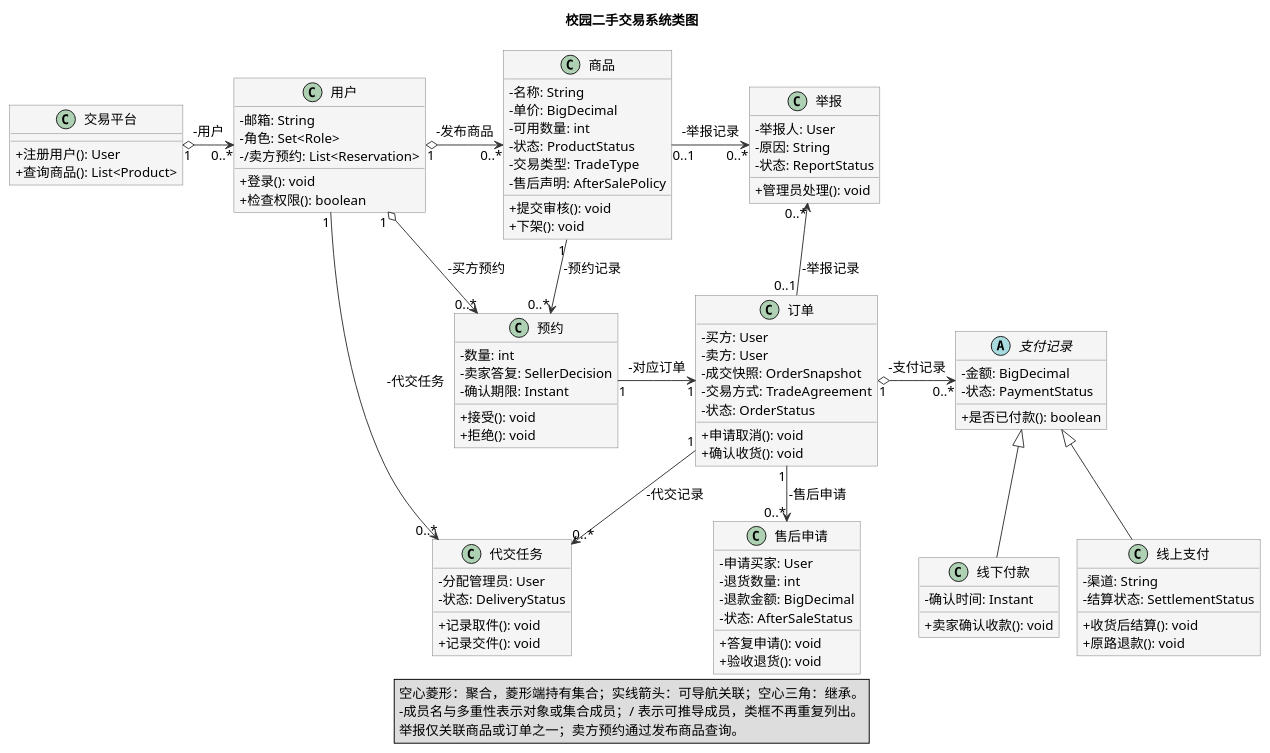
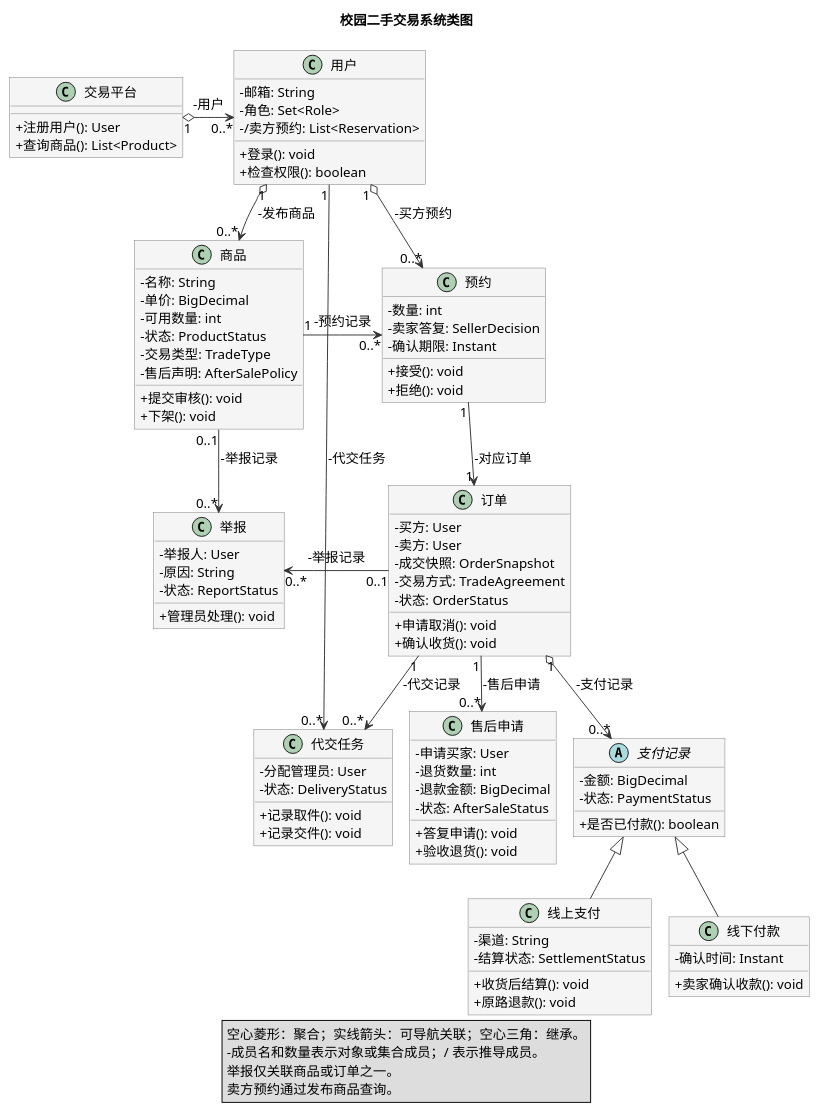
The diagram in UML/UML类图.puml (koishikois259/campus-market), drawn with PlantUML before and after one commit. The commit also changed 6 other files, not shown here.

Commit message:
lab2: fit portrait class diagram to standard A4 report pages

```diff
--- a/UML/UML类图.puml
+++ b/UML/UML类图.puml
@@ -1,120 +1,121 @@
 @startuml
-' v0.4: association-end member names replace repeated object fields.
+' v0.5: portrait layout for a standard A4 report page.
 ' Syntax reference: https://plantuml.com/zh/class-diagram
 !pragma layout smetana
 title 校园二手交易系统类图
 skinparam defaultFontName Microsoft YaHei
 skinparam defaultFontSize 14
 skinparam classAttributeIconSize 0
 skinparam shadowing false
 skinparam roundcorner 0
 skinparam classBackgroundColor #F5F5F5
 skinparam classBorderColor #777777
 skinparam ArrowColor #333333
-skinparam nodesep 30
-skinparam ranksep 40
+skinparam nodesep 24
+skinparam ranksep 25
 
 class "交易平台" as CampusMarket {
   + 注册用户(): User
   + 查询商品(): List<Product>
 }
 
 class "用户" as User {
   - 邮箱: String
   - 角色: Set<Role>
   - /卖方预约: List<Reservation>
   + 登录(): void
   + 检查权限(): boolean
 }
 
 class "商品" as Product {
   - 名称: String
   - 单价: BigDecimal
   - 可用数量: int
   - 状态: ProductStatus
   - 交易类型: TradeType
   - 售后声明: AfterSalePolicy
   + 提交审核(): void
   + 下架(): void
 }
 
 class "预约" as Reservation {
   - 数量: int
   - 卖家答复: SellerDecision
   - 确认期限: Instant
   + 接受(): void
   + 拒绝(): void
 }
 
 class "订单" as Order {
   - 买方: User
   - 卖方: User
   - 成交快照: OrderSnapshot
   - 交易方式: TradeAgreement
   - 状态: OrderStatus
   + 申请取消(): void
   + 确认收货(): void
 }
 
 abstract class "支付记录" as Payment {
   - 金额: BigDecimal
   - 状态: PaymentStatus
   + 是否已付款(): boolean
 }
 
 class "线上支付" as OnlinePayment {
   - 渠道: String
   - 结算状态: SettlementStatus
   + 收货后结算(): void
   + 原路退款(): void
 }
 
 class "线下付款" as OfflinePayment {
   - 确认时间: Instant
   + 卖家确认收款(): void
 }
 
 class "代交任务" as DeliveryTask {
   - 分配管理员: User
   - 状态: DeliveryStatus
   + 记录取件(): void
   + 记录交件(): void
 }
 
 class "售后申请" as AfterSaleRequest {
   - 申请买家: User
   - 退货数量: int
   - 退款金额: BigDecimal
   - 状态: AfterSaleStatus
   + 答复申请(): void
   + 验收退货(): void
 }
 
 class "举报" as Report {
   - 举报人: User
   - 原因: String
   - 状态: ReportStatus
   + 管理员处理(): void
 }
 
 ' Shared aggregation: collections of independently retained records.
 CampusMarket "1" o-right-> "0..*" User : -用户
-User "1" o-right-> "0..*" Product : -发布商品
+User "1" o-down-> "0..*" Product : -发布商品
 User "1" o-down-> "0..*" Reservation : -买方预约
-Product "1" -down-> "0..*" Reservation : -预约记录
-Reservation "1" -right-> "1" Order : -对应订单
+Product "1" -right-> "0..*" Reservation : -预约记录
+Reservation "1" -down-> "1" Order : -对应订单
 User "1" -down-> "0..*" DeliveryTask : -代交任务
-Order "1" o-right-> "0..*" Payment : -支付记录
+Order "1" o-down-> "0..*" Payment : -支付记录
 Order "1" -down-> "0..*" DeliveryTask : -代交记录
 Order "1" -down-> "0..*" AfterSaleRequest : -售后申请
-Product "0..1" -right-> "0..*" Report : -举报记录
-Order "0..1" -up-> "0..*" Report : -举报记录
+Product "0..1" -down-> "0..*" Report : -举报记录
+Order "0..1" -left-> "0..*" Report : -举报记录
 Payment <|-- OnlinePayment
 Payment <|-- OfflinePayment
 
 legend bottom
-  空心菱形：聚合，菱形端持有集合；实线箭头：可导航关联；空心三角：继承。
-  -成员名与多重性表示对象或集合成员；/ 表示可推导成员，类框不再重复列出。
-  举报仅关联商品或订单之一；卖方预约通过发布商品查询。
+  空心菱形：聚合；实线箭头：可导航关联；空心三角：继承。
+  -成员名和数量表示对象或集合成员；/ 表示推导成员。
+  举报仅关联商品或订单之一。
+  卖方预约通过发布商品查询。
 endlegend
 @enduml
```
